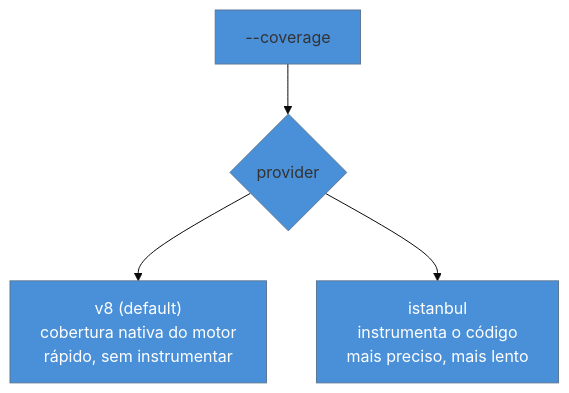
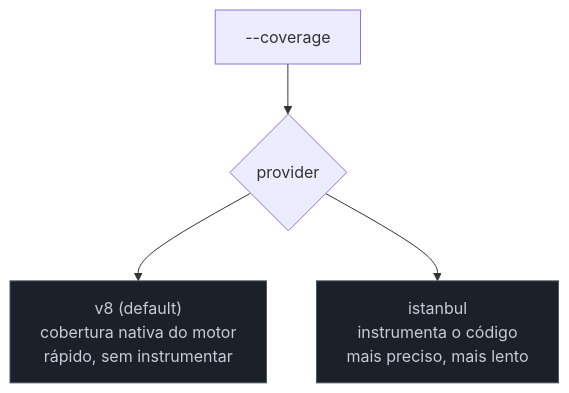
The diagram in 03-Dominios/Tecnologia/Testes JS/12 - Cobertura no ecossistema JS.md (josenaldo/codex-technomanticus), drawn with Mermaid before and after one commit. The commit also changed 1181 other files, not shown here.

First line of the commit message:
fix(diagramas): paleta do sistema no lugar de cor cravada no markdown

````diff
--- a/03-Dominios/Tecnologia/Testes JS/12 - Cobertura no ecossistema JS.md
+++ b/03-Dominios/Tecnologia/Testes JS/12 - Cobertura no ecossistema JS.md
@@ -45,9 +45,9 @@
 ```mermaid
-%%{init: {"theme": "base", "themeVariables": {"primaryColor": "#4A90D9"}}}%%
 graph TB
+    classDef neutro fill:#1B2029,stroke:#4E5666,color:#C6CCD8
     A["--coverage"] --> B{provider}
     B --> C["v8 (default)<br/>cobertura nativa do motor<br/>rápido, sem instrumentar"]
     B --> D["istanbul<br/>instrumenta o código<br/>mais preciso, mais lento"]
-    style C fill:#4A90D9,color:#fff
-    style D fill:#4A90D9,color:#fff
+    class C neutro
+    class D neutro
 ```
````
